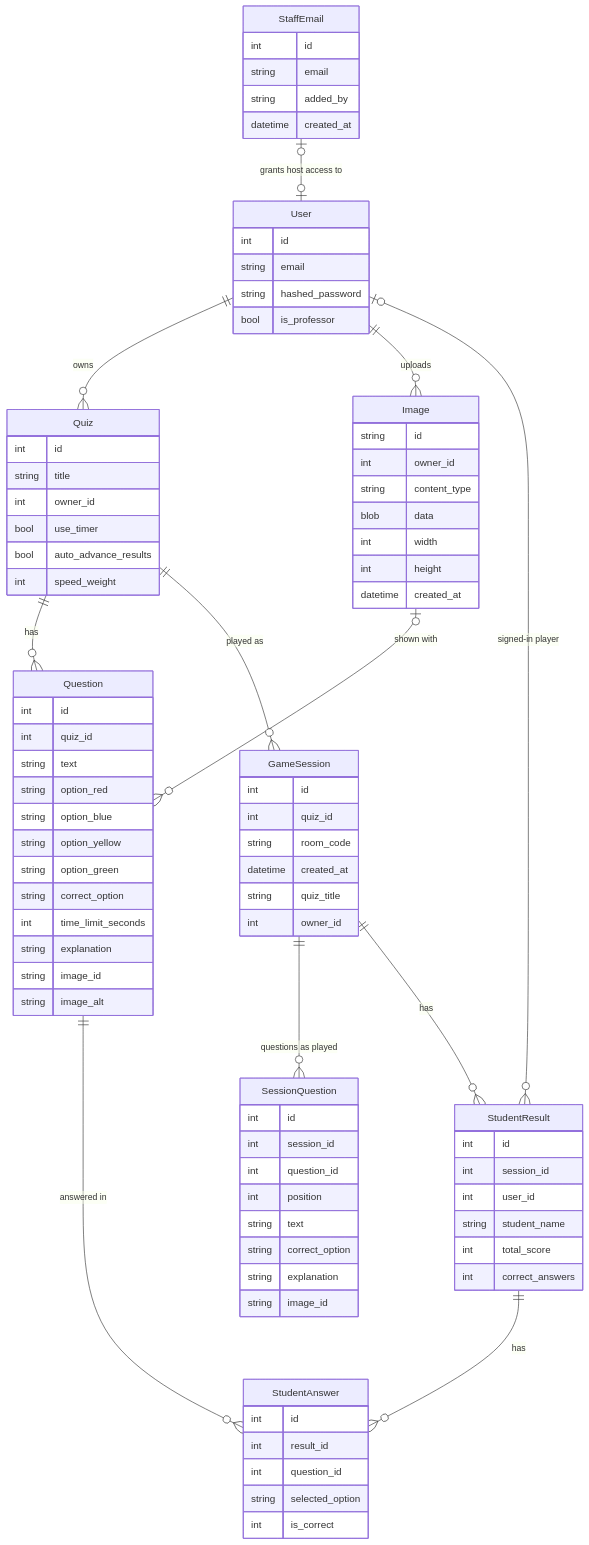
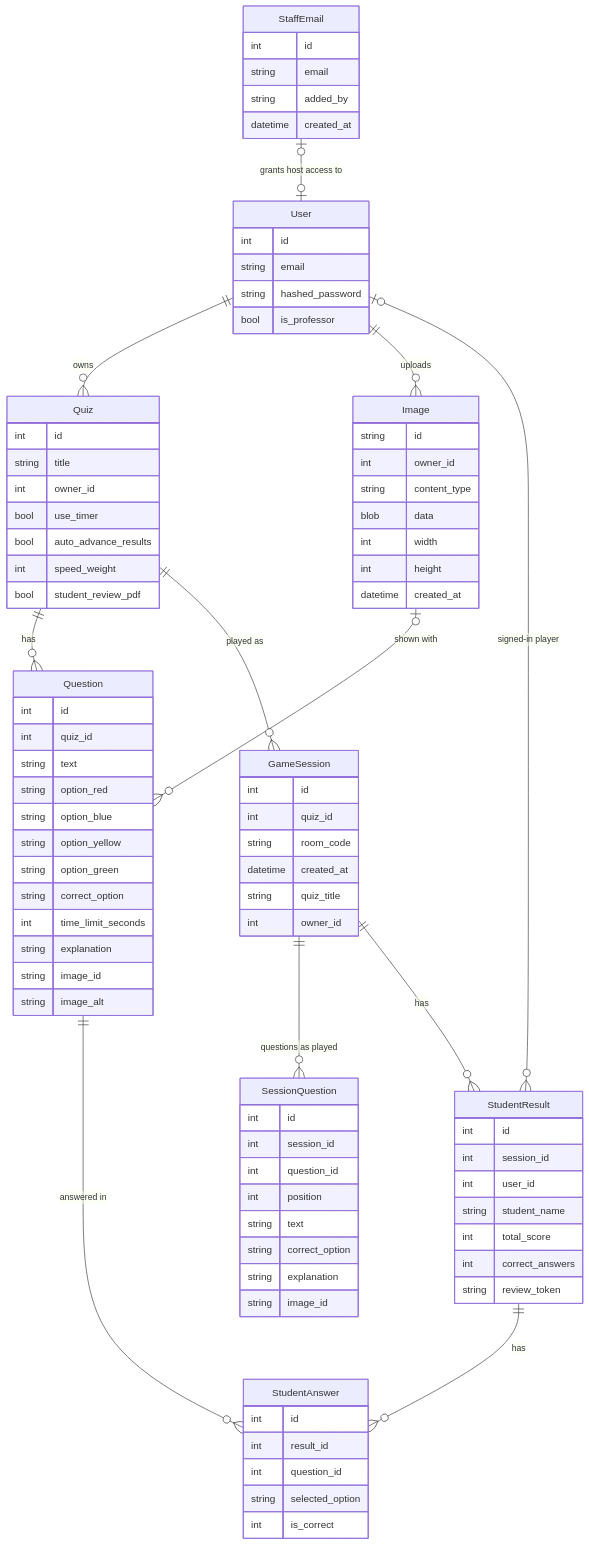
Before and after one commit to amberkar-harsh-02/Quiz-app: the third of 3 diagrams in docs/HOW-IT-WORKS.md, drawn with Mermaid. The commit also changed other lines of this file and 22 other files, not shown here.

Commit message:
feat: student review PDFs, analytics PDF/CSV downloads and an end-of-game podium

```diff
--- a/docs/HOW-IT-WORKS.md
+++ b/docs/HOW-IT-WORKS.md
@@ -320,6 +325,7 @@
         bool use_timer
         bool auto_advance_results
         int speed_weight
+        bool student_review_pdf
     }
     Question {
         int id
@@ -360,6 +366,7 @@
         string student_name
         int total_score
         int correct_answers
+        string review_token
     }
     StudentAnswer {
         int id
```
